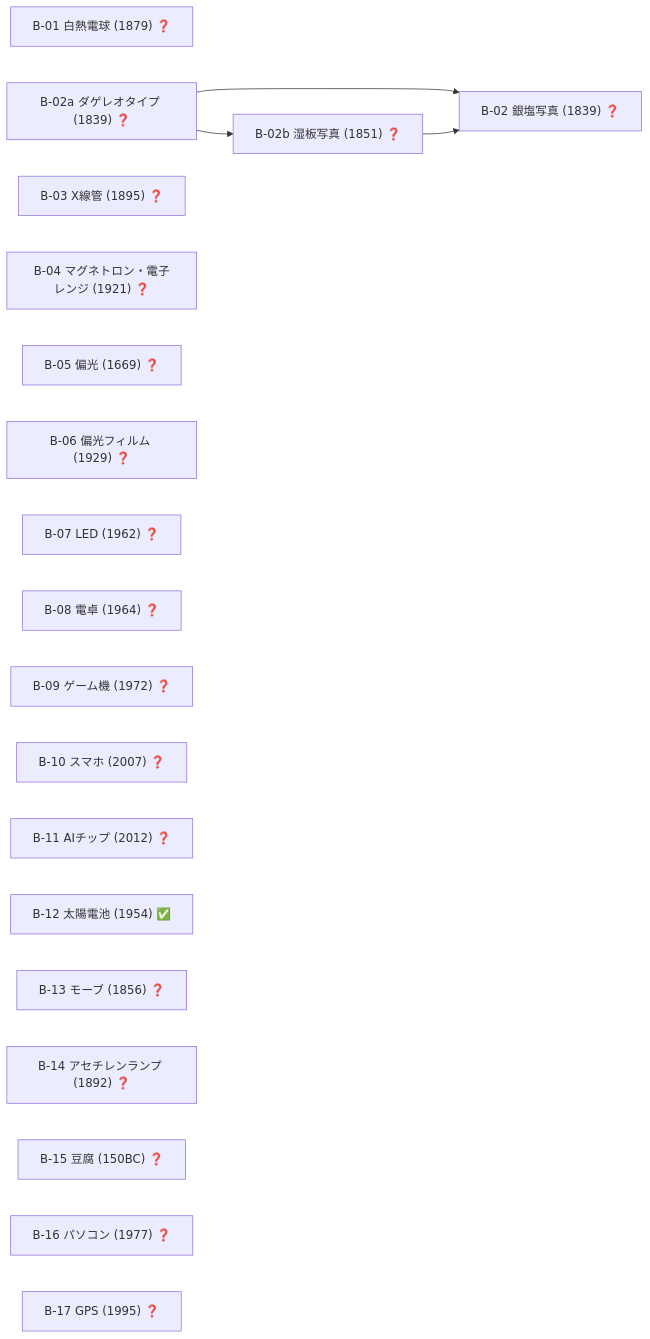
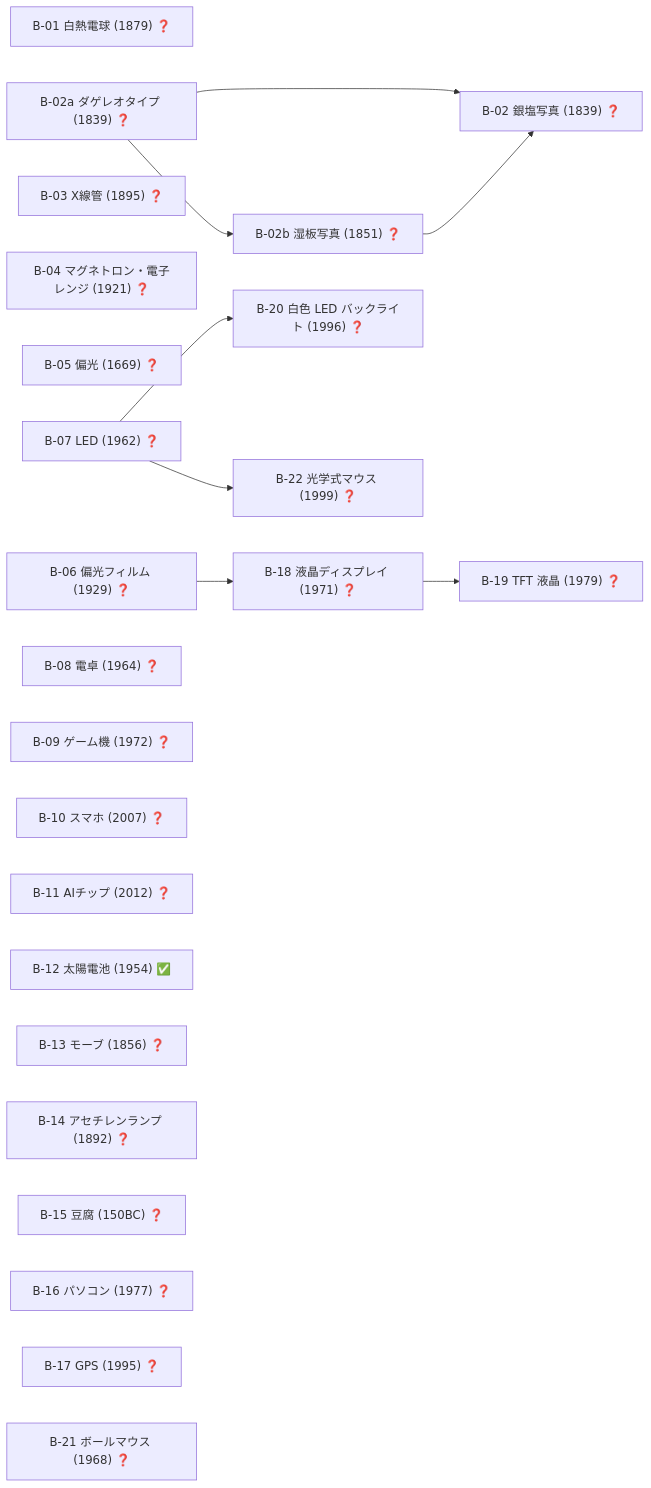
Before and after one commit to taku3i0317-collab/semiconductor-lab: diagram 19 of 19 in docs/TECH_TREE_VIEW.md, drawn with Mermaid. The commit also changed other lines of this file and 12 other files, not shown here.

````diff
--- a/docs/TECH_TREE_VIEW.md
+++ b/docs/TECH_TREE_VIEW.md
@@ -848,25 +873,34 @@
 ```mermaid
 graph LR
   nB_01["B-01 白熱電球 (1879) ❓"]
   nB_02["B-02 銀塩写真 (1839) ❓"]
   nB_02a["B-02a ダゲレオタイプ (1839) ❓"]
   nB_02b["B-02b 湿板写真 (1851) ❓"]
   nB_03["B-03 X線管 (1895) ❓"]
   nB_04["B-04 マグネトロン・電子レンジ (1921) ❓"]
   nB_05["B-05 偏光 (1669) ❓"]
   nB_06["B-06 偏光フィルム (1929) ❓"]
   nB_07["B-07 LED (1962) ❓"]
   nB_08["B-08 電卓 (1964) ❓"]
   nB_09["B-09 ゲーム機 (1972) ❓"]
   nB_10["B-10 スマホ (2007) ❓"]
   nB_11["B-11 AIチップ (2012) ❓"]
   nB_12["B-12 太陽電池 (1954) ✅"]
   nB_13["B-13 モーブ (1856) ❓"]
   nB_14["B-14 アセチレンランプ (1892) ❓"]
   nB_15["B-15 豆腐 (150BC) ❓"]
   nB_16["B-16 パソコン (1977) ❓"]
   nB_17["B-17 GPS (1995) ❓"]
+  nB_18["B-18 液晶ディスプレイ (1971) ❓"]
+  nB_19["B-19 TFT 液晶 (1979) ❓"]
+  nB_20["B-20 白色 LED バックライト (1996) ❓"]
+  nB_21["B-21 ボールマウス (1968) ❓"]
+  nB_22["B-22 光学式マウス (1999) ❓"]
   nB_02a-->nB_02
   nB_02b-->nB_02
   nB_02a-->nB_02b
+  nB_06-->nB_18
+  nB_18-->nB_19
+  nB_07-->nB_20
+  nB_07-->nB_22
 ```
````
